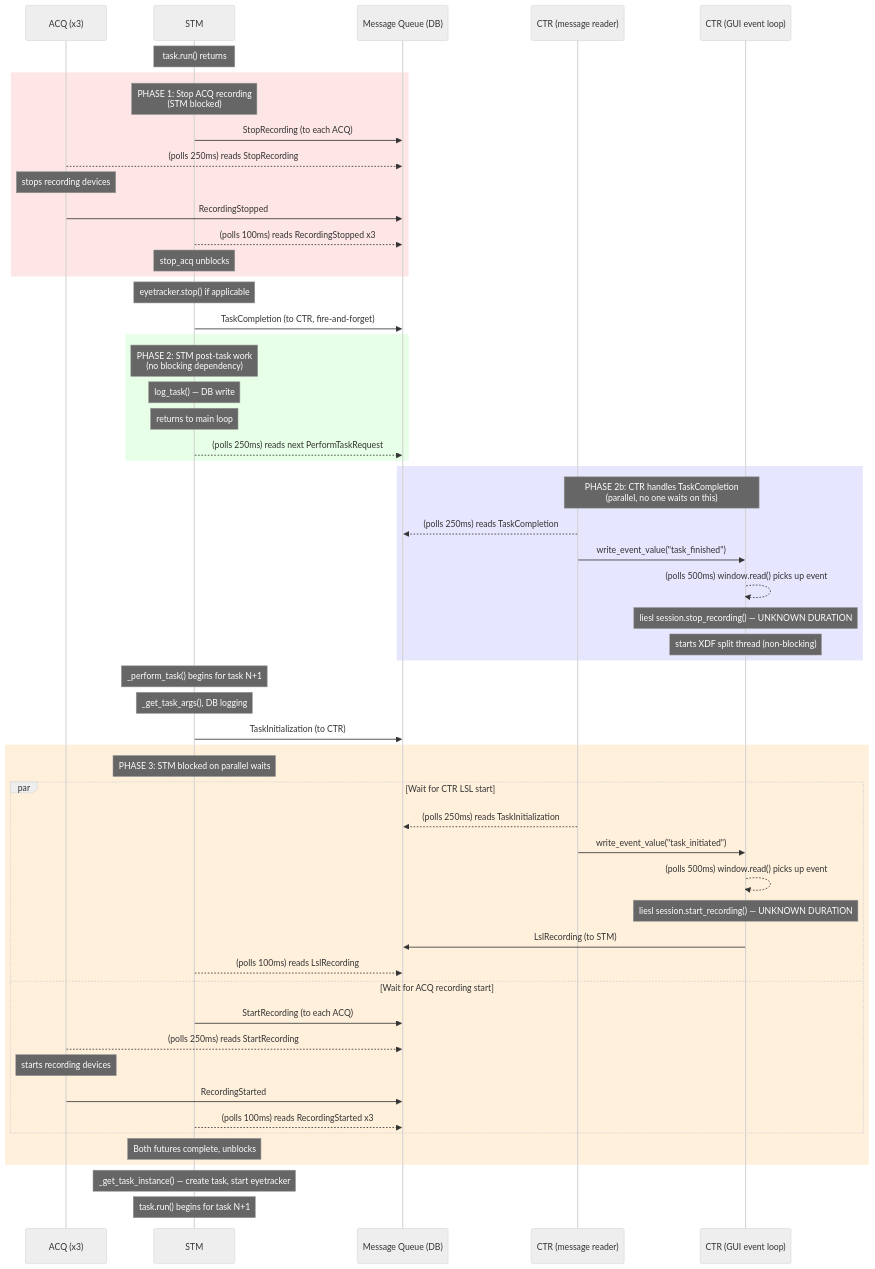
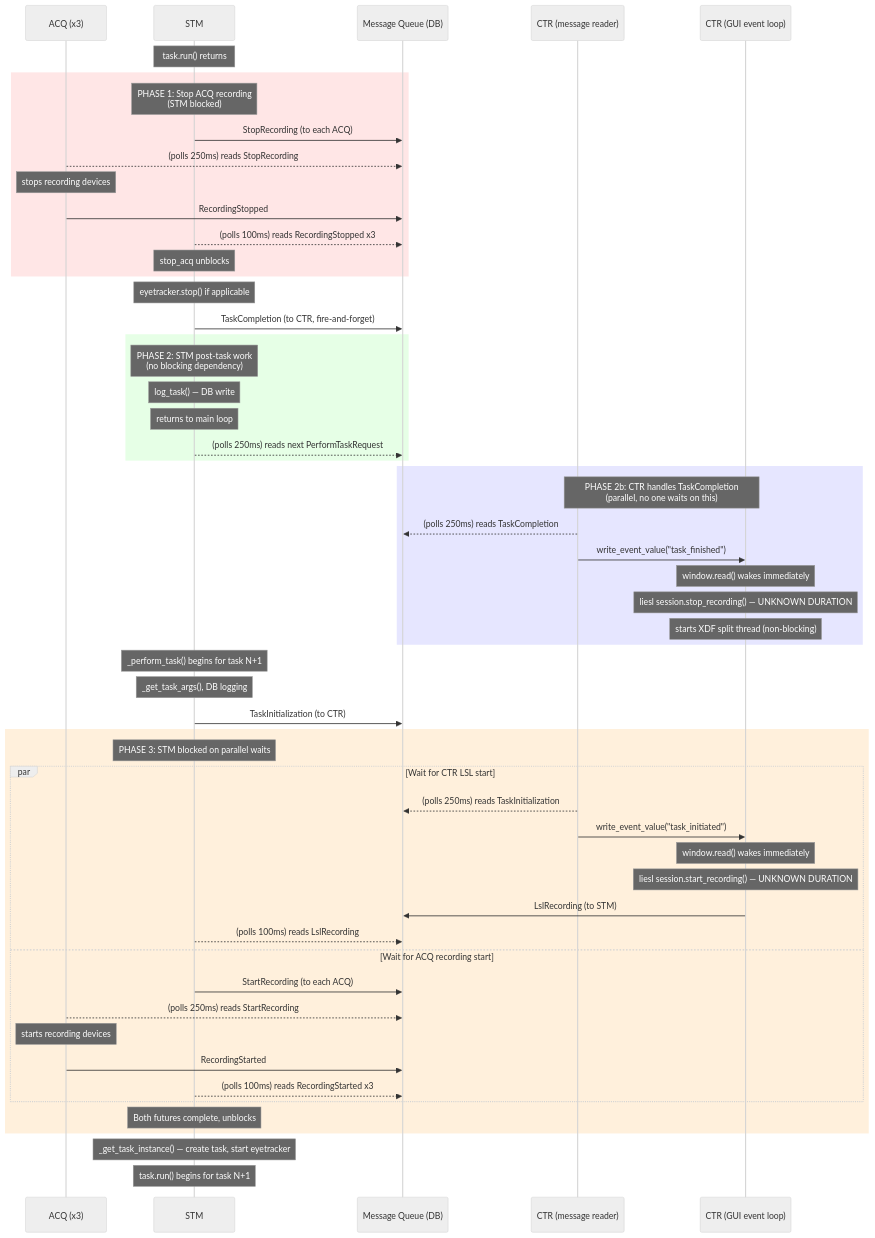
The diagram in docs/inter_task_message_flow.md (neurobooth/neurobooth-os), drawn with Mermaid (neutral theme) before and after one commit. The commit also changed other lines of this file, not shown here.

First line of the commit message:
Fix diagram: GUI event loop wakes immediately on write_event_value

````diff
--- a/docs/inter_task_message_flow.md
+++ b/docs/inter_task_message_flow.md
@@ -7,70 +7,70 @@
 ```mermaid
 sequenceDiagram
     participant ACQ as ACQ (x3)
     participant STM
     participant DB as Message Queue (DB)
     participant CTR as CTR (message reader)
     participant GUI as CTR (GUI event loop)
 
     Note over STM: task.run() returns
 
     rect rgb(255, 230, 230)
     Note over STM: PHASE 1: Stop ACQ recording<br/>(STM blocked)
 
     STM->>DB: StopRecording (to each ACQ)
     ACQ-->>DB: (polls 250ms) reads StopRecording
     Note over ACQ: stops recording devices
     ACQ->>DB: RecordingStopped
     STM-->>DB: (polls 100ms) reads RecordingStopped x3
     Note over STM: stop_acq unblocks
     end
 
     Note over STM: eyetracker.stop() if applicable
 
     STM->>DB: TaskCompletion (to CTR, fire-and-forget)
 
     rect rgb(230, 255, 230)
     Note over STM: PHASE 2: STM post-task work<br/>(no blocking dependency)
     Note over STM: log_task() — DB write
     Note over STM: returns to main loop
     STM-->>DB: (polls 250ms) reads next PerformTaskRequest
     end
 
     rect rgb(230, 230, 255)
     Note over CTR,GUI: PHASE 2b: CTR handles TaskCompletion<br/>(parallel, no one waits on this)
     CTR-->>DB: (polls 250ms) reads TaskCompletion
     CTR->>GUI: write_event_value("task_finished")
-    GUI-->>GUI: (polls 500ms) window.read() picks up event
+    Note over GUI: window.read() wakes immediately
     Note over GUI: liesl session.stop_recording() — UNKNOWN DURATION
     Note over GUI: starts XDF split thread (non-blocking)
     end
 
     Note over STM: _perform_task() begins for task N+1
     Note over STM: _get_task_args(), DB logging
 
     STM->>DB: TaskInitialization (to CTR)
 
     rect rgb(255, 240, 220)
     Note over STM: PHASE 3: STM blocked on parallel waits
 
     par Wait for CTR LSL start
         CTR-->>DB: (polls 250ms) reads TaskInitialization
         CTR->>GUI: write_event_value("task_initiated")
-        GUI-->>GUI: (polls 500ms) window.read() picks up event
+        Note over GUI: window.read() wakes immediately
         Note over GUI: liesl session.start_recording() — UNKNOWN DURATION
         GUI->>DB: LslRecording (to STM)
         STM-->>DB: (polls 100ms) reads LslRecording
     and Wait for ACQ recording start
         STM->>DB: StartRecording (to each ACQ)
         ACQ-->>DB: (polls 250ms) reads StartRecording
         Note over ACQ: starts recording devices
         ACQ->>DB: RecordingStarted
         STM-->>DB: (polls 100ms) reads RecordingStarted x3
     end
 
     Note over STM: Both futures complete, unblocks
     end
 
     Note over STM: _get_task_instance() — create task, start eyetracker
     Note over STM: task.run() begins for task N+1
 ```
````
